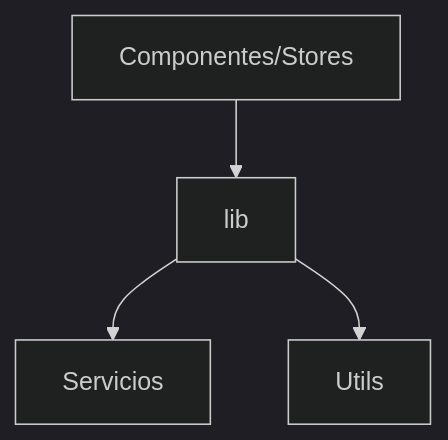
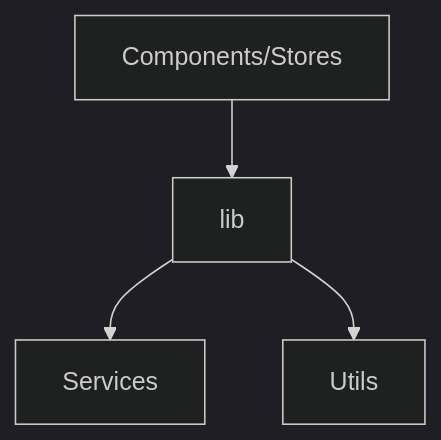
One commit to gvastethecreator/media-manager changed the diagram in src/lib/README.md. Above: the diagram before and after it, drawn with Mermaid (dark theme). The commit also changed other lines of this file and 104 other files, not shown here.

Commit message:
docs: initialize comprehensive architectural documentation and component-level README files across the repository.

````diff
--- a/src/lib/README.md
+++ b/src/lib/README.md
@@ -10,6 +12,6 @@
 ```mermaid
 flowchart TD
-    A[Componentes/Stores] --> B[lib]
-    B --> C[Servicios]
+    A[Components/Stores] --> B[lib]
+    B --> C[Services]
     B --> D[Utils]
 ```
````
